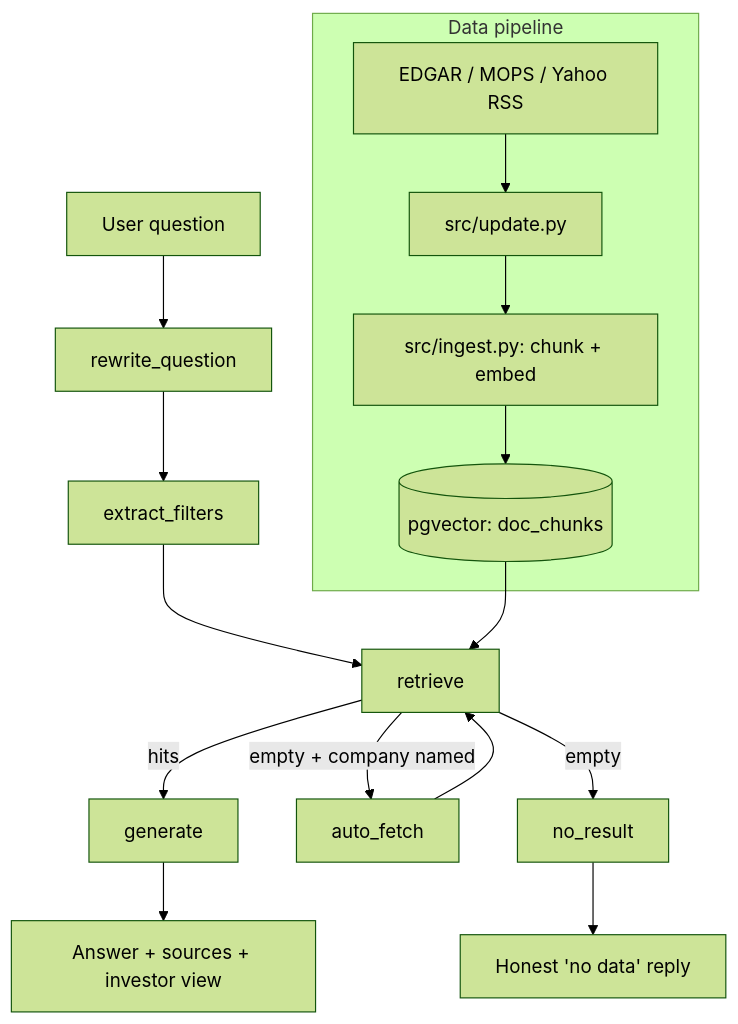
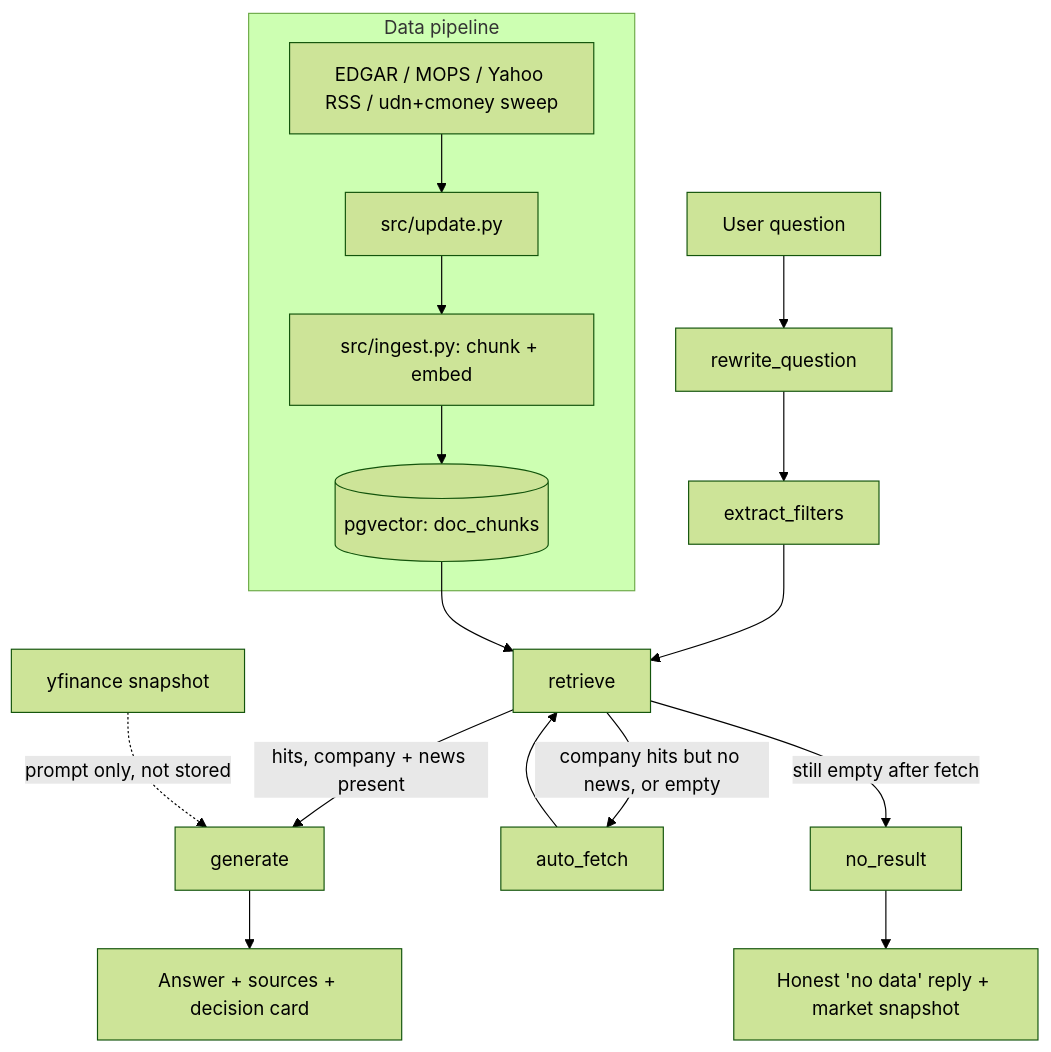
Before and after one commit to thelilywang/finance-ai-assistant: the first of 2 diagrams in docs/PROJECT.md, drawn with Mermaid (forest theme). The commit also changed other lines of this file and 1 other file, not shown here.

First line of the commit message:
docs: update README and PROJECT.md for decision-card and market-news features

````diff
--- a/docs/PROJECT.md
+++ b/docs/PROJECT.md
@@ -14,19 +14,20 @@
 ```mermaid
 flowchart TD
     U[User question] --> RW[rewrite_question]
     RW --> EF[extract_filters]
     EF --> RT[retrieve]
-    RT -->|hits| GEN[generate]
-    RT -->|empty + company named| AF[auto_fetch]
+    RT -->|hits, company + news present| GEN[generate]
+    RT -->|company hits but no news, or empty| AF[auto_fetch]
     AF --> RT
-    RT -->|empty| NR[no_result]
-    GEN --> A[Answer + sources + investor view]
-    NR --> B[Honest 'no data' reply]
+    RT -->|still empty after fetch| NR[no_result]
+    GEN --> A[Answer + sources + decision card]
+    NR --> B["Honest 'no data' reply + market snapshot"]
 
     subgraph Data pipeline
-        SRC[EDGAR / MOPS / Yahoo RSS] --> UP[src/update.py]
+        SRC[EDGAR / MOPS / Yahoo RSS / udn+cmoney sweep] --> UP[src/update.py]
         UP --> ING[src/ingest.py: chunk + embed]
         ING --> PG[(pgvector: doc_chunks)]
     end
     PG --> RT
+    YF[yfinance snapshot] -.prompt only, not stored.-> GEN
 ```
````
